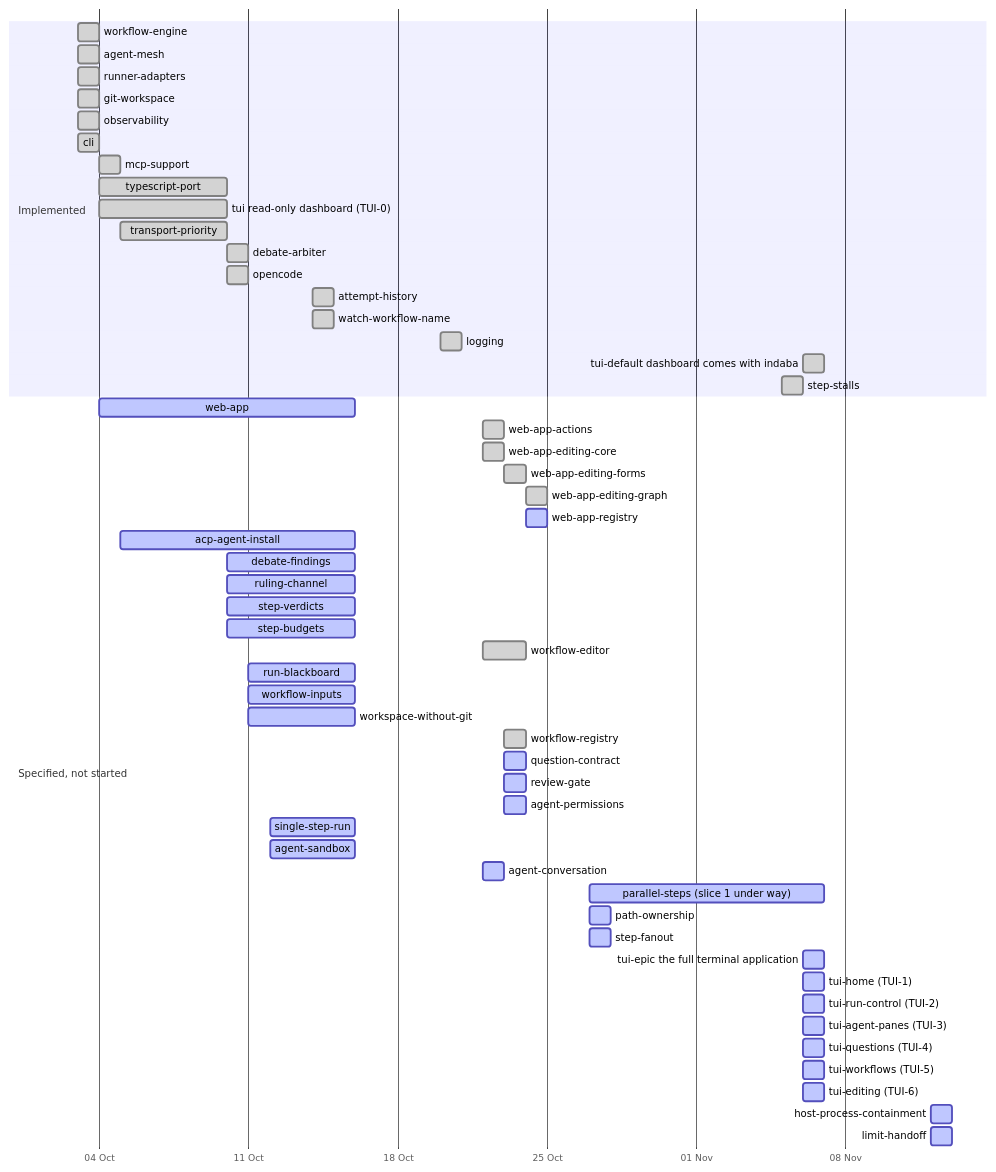
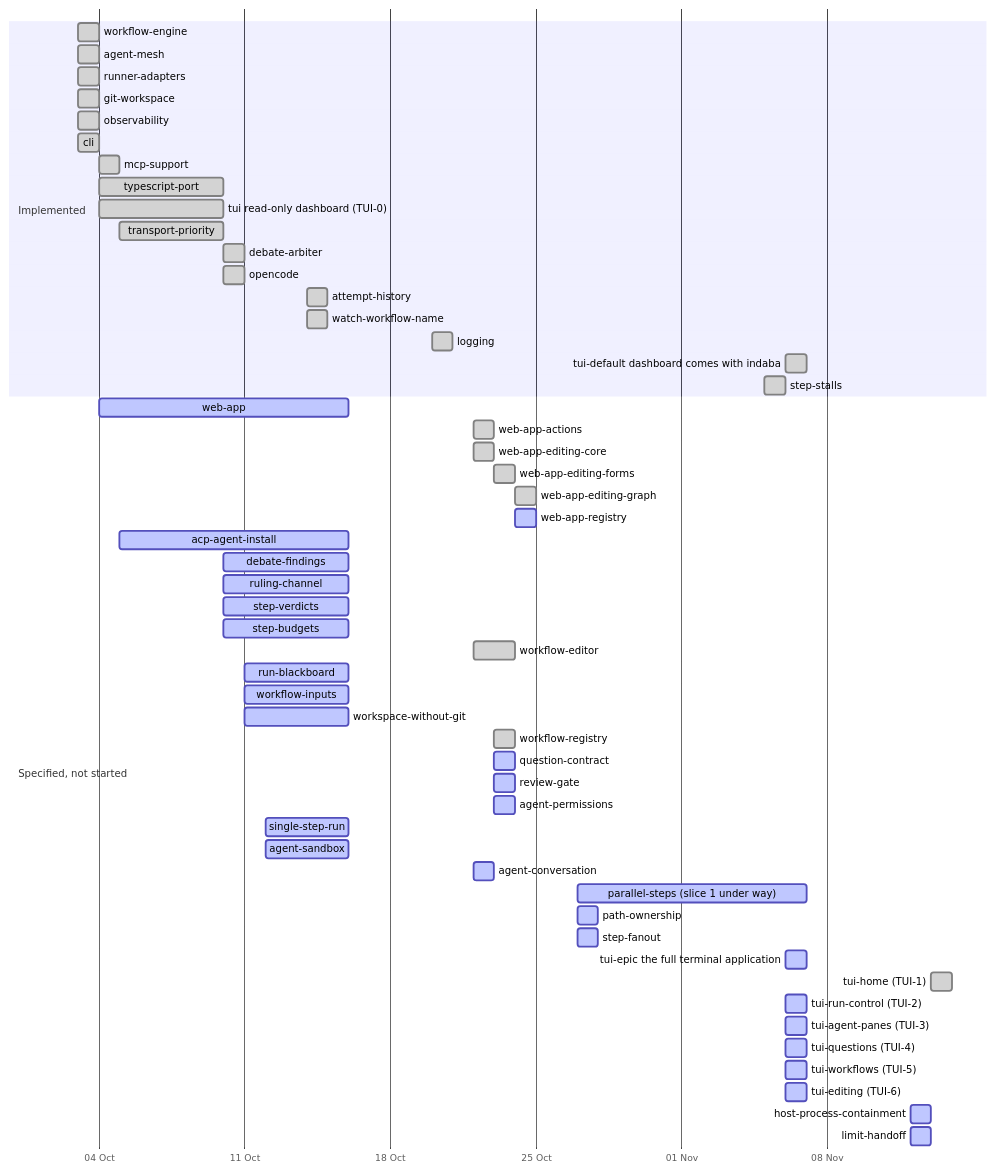
Before and after one commit to yaotzin1/indaba: the second of 3 diagrams in specs/DEPENDENCY_MAP.md, drawn with Mermaid. The commit also changed other lines of this file and 29 other files, not shown here.

First line of the commit message:
feat(tui): bare indaba opens a home screen on a terminal (tui-home, TUI-1) (#141)

````diff
--- a/specs/DEPENDENCY_MAP.md
+++ b/specs/DEPENDENCY_MAP.md
@@ -71,58 +71,58 @@
 ```mermaid
 gantt
     dateFormat YYYY-MM-DD
     axisFormat %d %b
     section Implemented
     workflow-engine        :done, 2026-10-03, 2026-10-04
     agent-mesh             :done, 2026-10-03, 2026-10-04
     runner-adapters        :done, 2026-10-03, 2026-10-04
     git-workspace          :done, 2026-10-03, 2026-10-04
     observability          :done, 2026-10-03, 2026-10-04
     cli                    :done, 2026-10-03, 2026-10-04
     mcp-support            :done, 2026-10-04, 1d
     typescript-port        :done, 2026-10-04, 2026-10-10
     tui read-only dashboard (TUI-0) :done, 2026-10-04, 2026-10-10
     transport-priority     :done, 2026-10-05, 2026-10-10
     debate-arbiter         :done, 2026-10-10, 1d
     opencode               :done, 2026-10-10, 1d
     attempt-history        :done, 2026-10-14, 1d
     watch-workflow-name    :done, 2026-10-14, 1d
     logging                :done, 2026-10-20, 2026-10-21
     tui-default dashboard comes with indaba :done, 2026-11-06, 1d
     step-stalls            :done, 2026-11-05, 2026-11-06
     section Specified, not started
     web-app                :active, 2026-10-04, 2026-10-16
     web-app-actions        :done, 2026-10-22, 1d
     web-app-editing-core   :done, 2026-10-22, 1d
     web-app-editing-forms  :done, 2026-10-23, 1d
     web-app-editing-graph  :done, 2026-10-24, 1d
     web-app-registry       :active, 2026-10-24, 1d
     acp-agent-install      :active, 2026-10-05, 2026-10-16
     debate-findings        :active, 2026-10-10, 2026-10-16
     ruling-channel         :active, 2026-10-10, 2026-10-16
     step-verdicts          :active, 2026-10-10, 2026-10-16
     step-budgets           :active, 2026-10-10, 2026-10-16
     workflow-editor        :done, 2026-10-22, 2d
     run-blackboard         :active, 2026-10-11, 2026-10-16
     workflow-inputs        :active, 2026-10-11, 2026-10-16
     workspace-without-git  :active, 2026-10-11, 2026-10-16
     workflow-registry      :done, 2026-10-23, 1d
     question-contract      :active, 2026-10-23, 2026-10-24
     review-gate            :active, 2026-10-23, 2026-10-24
     agent-permissions      :active, 2026-10-23, 2026-10-24
     single-step-run        :active, 2026-10-12, 2026-10-16
     agent-sandbox          :active, 2026-10-12, 2026-10-16
     agent-conversation     :active, 2026-10-22, 2026-10-23
     parallel-steps (slice 1 under way) :active, 2026-10-27, 2026-11-07
     path-ownership         :active, 2026-10-27, 1d
     step-fanout            :active, 2026-10-27, 1d
     tui-epic the full terminal application :active, 2026-11-06, 1d
-    tui-home (TUI-1)       :active, 2026-11-06, 1d
+    tui-home (TUI-1)       :done, 2026-11-13, 1d
     tui-run-control (TUI-2) :active, 2026-11-06, 1d
     tui-agent-panes (TUI-3) :active, 2026-11-06, 1d
     tui-questions (TUI-4)  :active, 2026-11-06, 1d
     tui-workflows (TUI-5)  :active, 2026-11-06, 1d
     tui-editing (TUI-6)    :active, 2026-11-06, 1d
     host-process-containment :active, 2026-11-12, 1d
     limit-handoff            :active, 2026-11-12, 1d
 ```
````
